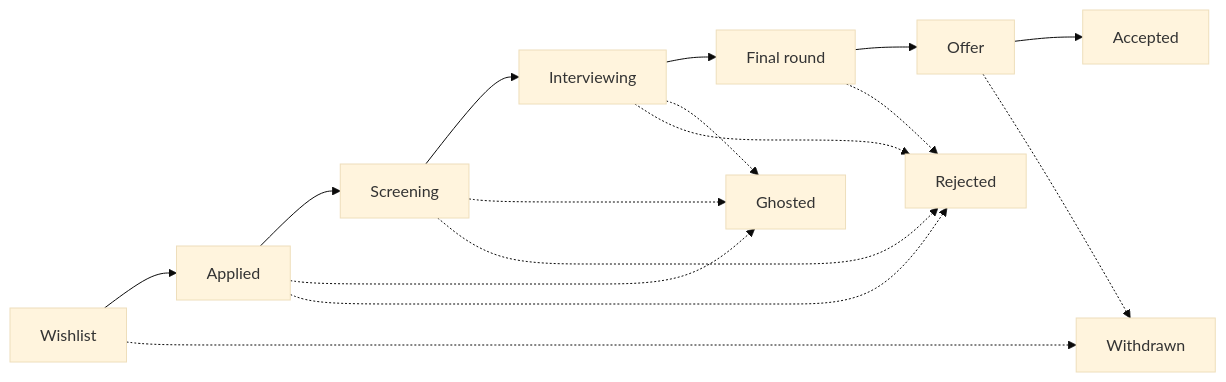
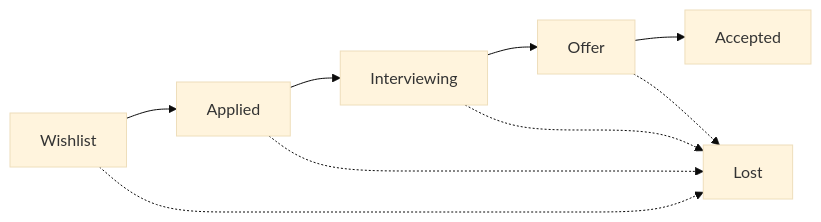
The diagram in docs/concepts/pipeline.mdx (shifulaboratories/Hired), drawn with Mermaid (base theme) before and after one commit. The commit also changed other lines of this file and 34 other files, not shown here.

````diff
--- a/docs/concepts/pipeline.mdx
+++ b/docs/concepts/pipeline.mdx
@@ -30,14 +25,8 @@
 ```mermaid
 flowchart LR
-  W[Wishlist] --> A[Applied] --> S[Screening] --> I[Interviewing] --> F[Final round] --> O[Offer]
-  O --> AC[Accepted]
-  A -.-> G[Ghosted]
-  S -.-> G
-  I -.-> G
-  A -.-> R[Rejected]
-  S -.-> R
-  I -.-> R
-  F -.-> R
-  W -.-> WD[Withdrawn]
-  O -.-> WD
+  W[Wishlist] --> A[Applied] --> I[Interviewing] --> O[Offer] --> AC[Accepted]
+  A -.-> L[Lost]
+  I -.-> L
+  O -.-> L
+  W -.-> L
 ```
````
